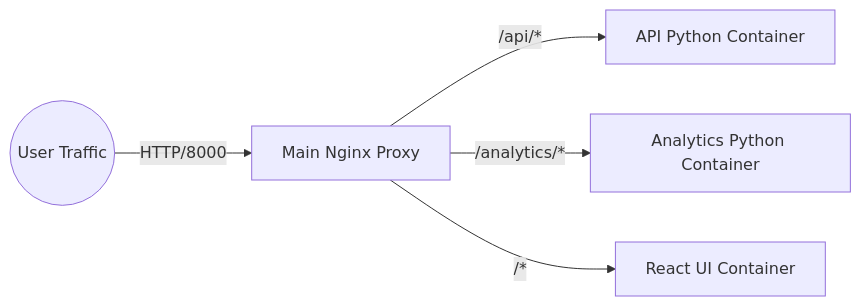
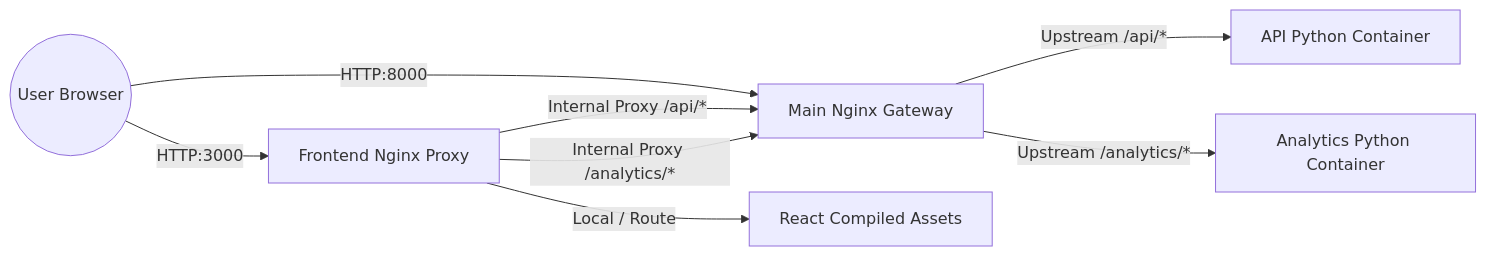
One commit to HimanM/SAP01---URL-Shortner changed the second of 4 diagrams in README.md. Above: the diagram before and after it, drawn with Mermaid. The commit also changed other lines of this file and 1 other file, not shown here.

Commit message:
docs: clarify nginx proxy layer architecture in README and diagram

````diff
--- a/README.md
+++ b/README.md
@@ -64,7 +69,12 @@
 ```mermaid
 graph LR
-    Client((User Traffic)) -->|HTTP/8000| Nginx[Main Nginx Proxy]
-    Nginx -->|/api/*| API[API Python Container]
-    Nginx -->|/analytics/*| Analytics[Analytics Python Container]
-    Nginx -->|/*| Frontend[React UI Container]
+    Client((User Browser)) -->|HTTP:3000| Frontend[Frontend Nginx Proxy]
+    Client -->|HTTP:8000| BackGateway[Main Nginx Gateway]
+    
+    Frontend -->|Local / Route| ReactUI[React Compiled Assets]
+    Frontend -->|Internal Proxy /api/*| BackGateway
+    Frontend -->|Internal Proxy /analytics/*| BackGateway
+    
+    BackGateway -->|Upstream /api/*| API[API Python Container]
+    BackGateway -->|Upstream /analytics/*| Analytics[Analytics Python Container]
 ```
````
